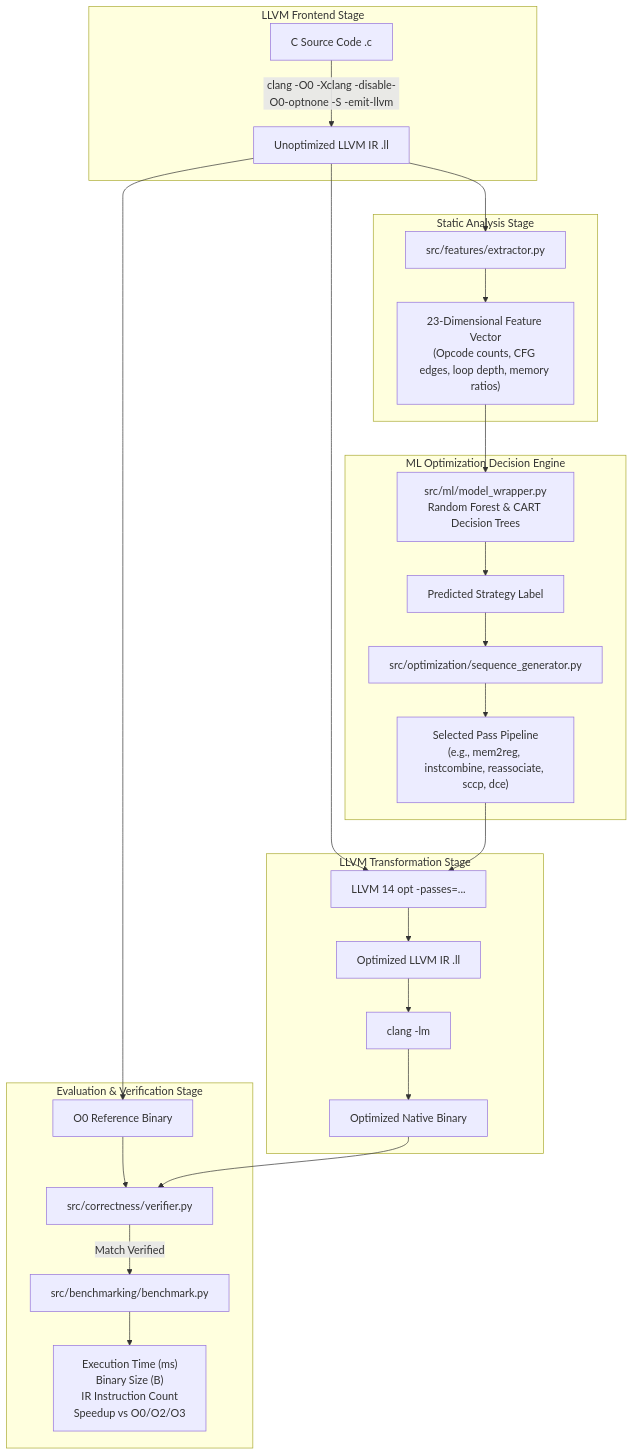
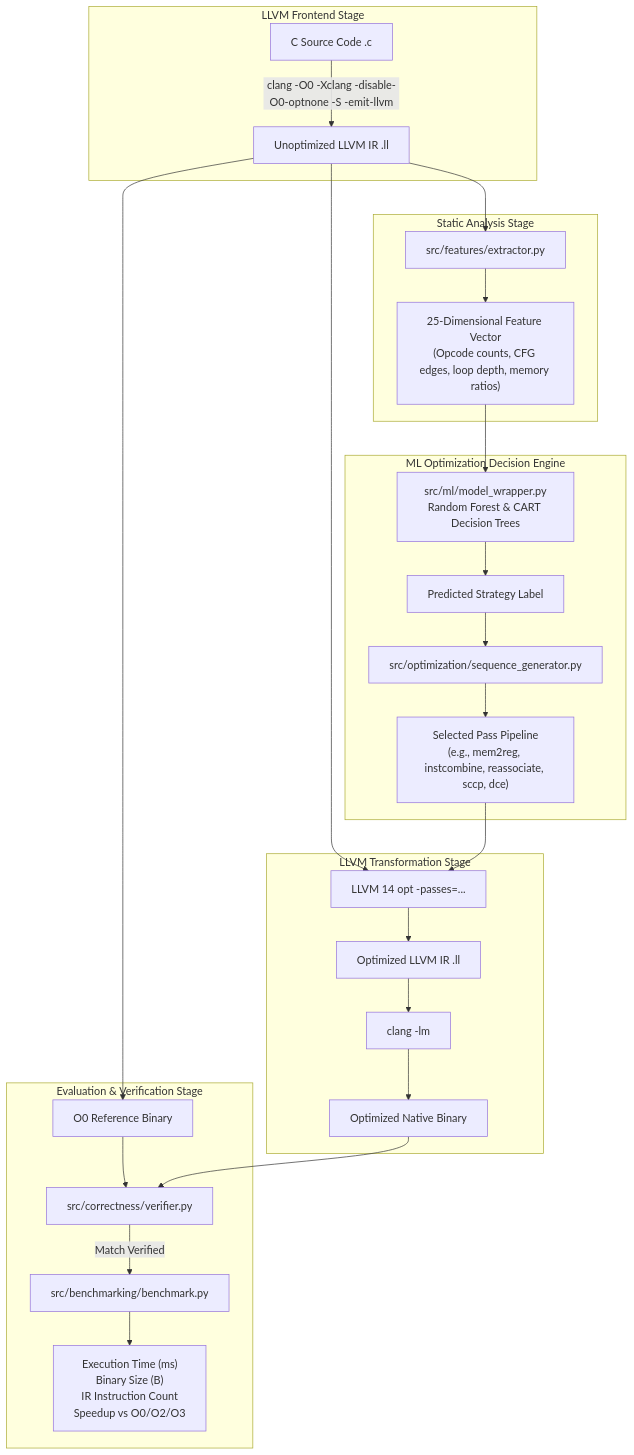
The diagram in docs/architecture.md (Aarush2905/ml-optimization-pass-selector), drawn with Mermaid before and after one commit. The commit also changed other lines of this file and 48 other files, not shown here.

````diff
--- a/docs/architecture.md
+++ b/docs/architecture.md
@@ -14,34 +14,34 @@
 ```mermaid
 flowchart TD
     subgraph Frontend [LLVM Frontend Stage]
         C[C Source Code .c] -->|clang -O0 -Xclang -disable-O0-optnone -S -emit-llvm| IR[Unoptimized LLVM IR .ll]
     end
 
     subgraph Analysis [Static Analysis Stage]
         IR --> Extractor[src/features/extractor.py]
-        Extractor --> Features["23-Dimensional Feature Vector\n(Opcode counts, CFG edges, loop depth, memory ratios)"]
+        Extractor --> Features["25-Dimensional Feature Vector\n(Opcode counts, CFG edges, loop depth, memory ratios)"]
     end
 
     subgraph Intelligence [ML Optimization Decision Engine]
         Features --> MLModel[src/ml/model_wrapper.py\nRandom Forest & CART Decision Trees]
         MLModel --> BestStrat[Predicted Strategy Label]
         BestStrat --> SeqGen[src/optimization/sequence_generator.py]
         SeqGen --> Passes["Selected Pass Pipeline\n(e.g., mem2reg, instcombine, reassociate, sccp, dce)"]
     end
 
     subgraph Pass_Execution [LLVM Transformation Stage]
         IR --> Opt[LLVM 14 opt -passes=...]
         Passes --> Opt
         Opt --> OptIR[Optimized LLVM IR .ll]
         OptIR --> ClangLink[clang -lm]
         ClangLink --> OptBin[Optimized Native Binary]
     end
 
     subgraph Verification_Benchmarking [Evaluation & Verification Stage]
         IR --> RefBin[O0 Reference Binary]
         RefBin --> Verifier[src/correctness/verifier.py]
         OptBin --> Verifier
         Verifier -->|Match Verified| Bench[src/benchmarking/benchmark.py]
         Bench --> Results["Execution Time (ms)\nBinary Size (B)\nIR Instruction Count\nSpeedup vs O0/O2/O3"]
     end
 ```
````
